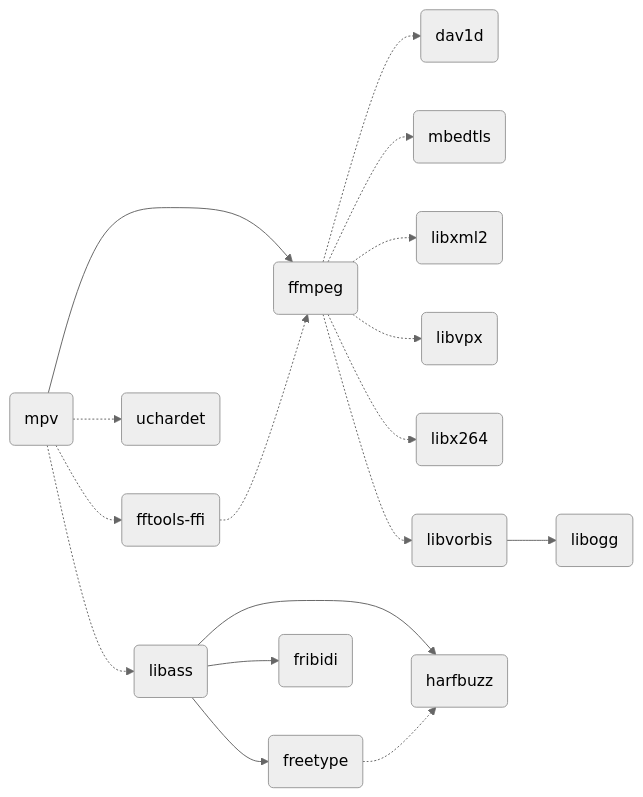
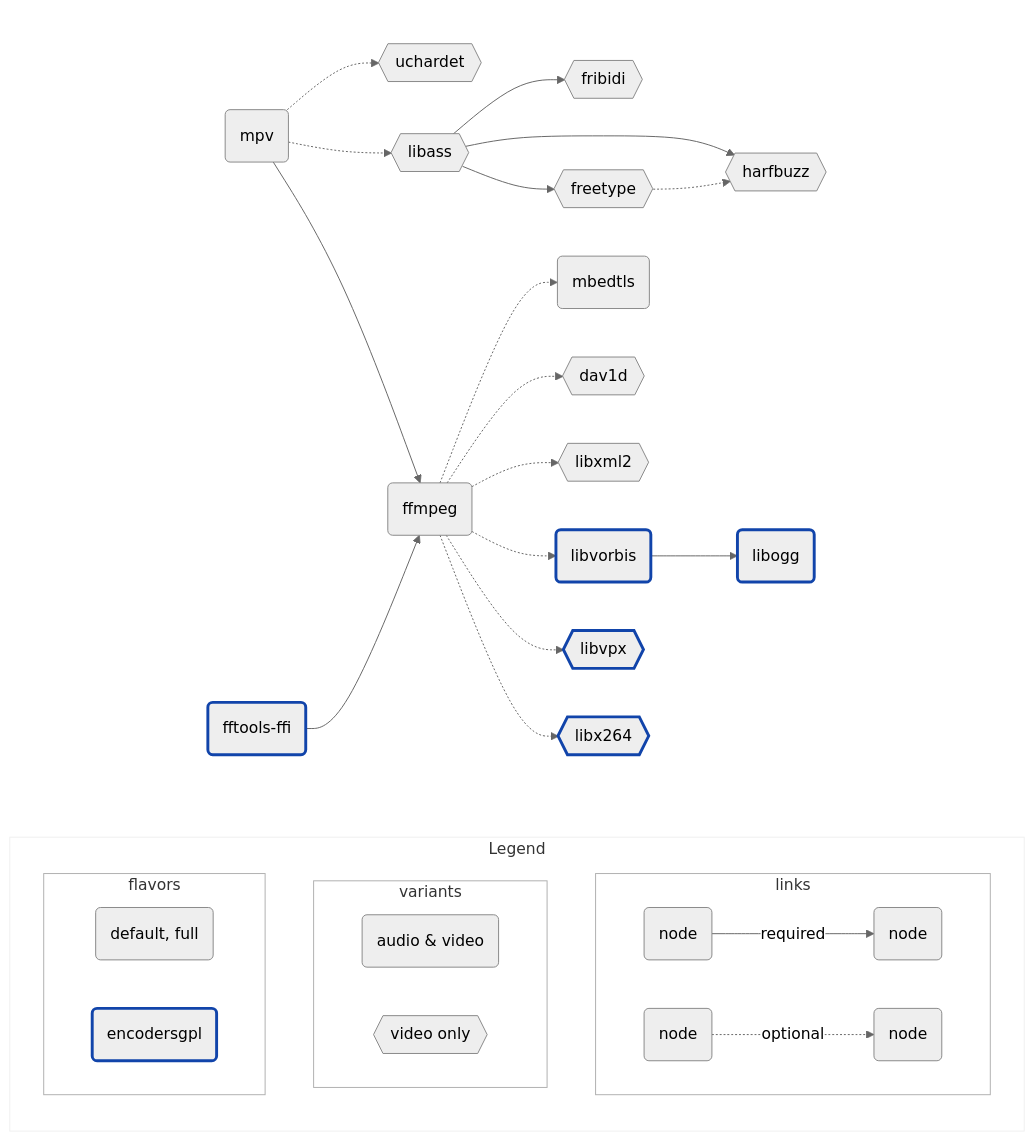
The diagram in README.md (media-kit/libmpv-darwin-build), drawn with Mermaid (neutral theme) before and after one commit. The commit also changed other lines of this file, not shown here.

Commit message:
docs: improve dependencies graph

````diff
--- a/README.md
+++ b/README.md
@@ -106,24 +111,56 @@
 ```mermaid
 flowchart LR
+    subgraph legend[Legend]
+        direction TB
+        subgraph links
+            P(node):::decoders -- "required" --> Q(node):::decoders
+            R(node):::decoders -. "optional" .-> S(node):::decoders
+        end
 
-A(mpv) --> B(ffmpeg)
-A(mpv) -.-> C(libass)
-A(mpv) -.-> D(uchardet)
-A(mpv) -.-> K(fftools-ffi)
+        subgraph variants
+            T(audio & video):::decoders
+            U{{video only}}:::decoders
+        end
 
-B -.-> H(dav1d)
-B -.-> I(mbedtls)
-B -.-> J(libxml2)
-B -.-> L(libvpx)
-B -.-> M(libx264)
-B -.-> N(libvorbis)
+        subgraph flavors
+            V(default, full):::decoders
+            W(encodersgpl):::encoders
+        end
+    end
 
-C --> E(freetype)
-C --> F(harfbuzz)
-C --> G(fribidi)
+    subgraph content[ ]
+        direction LR
+        A(mpv):::decoders -.-> B{{uchardet}}:::decoders
+        A                 -.-> C{{libass}}:::decoders
+        A                 -->  D(ffmpeg):::decoders
 
-N --> O(libogg)
+        E(fftools-ffi):::encoders --> D
 
-E -.-> F
-K -.-> B
+        %% libass
+        C -->  F{{fribidi}}:::decoders
+        C -->  G{{harfbuzz}}:::decoders
+        C -->  H{{freetype}}:::decoders
+        H -.-> G
+
+        %% ffmpeg
+        D -.-> I(mbedtls):::decoders
+        D -.-> J{{dav1d}}:::decoders
+        D -.-> K{{libxml2}}:::decoders
+        D -.-> L(libvorbis):::encoders
+        D -.-> M{{libvpx}}:::encoders
+        D -.-> N{{libx264}}:::encoders
+        L -->  O(libogg):::encoders
+    end
+
+    classDef decoders stroke:#888
+    classDef encoders stroke:#14a,stroke-width:3px
+    classDef legend fill:transparent,stroke:#8882
+    classDef content fill:transparent,stroke:transparent
+    classDef card fill:transparent,stroke:#888a
+
+    legend:::legend
+    content:::content
+    links:::card
+    variants:::card
+    flavors:::card
 ```
````
